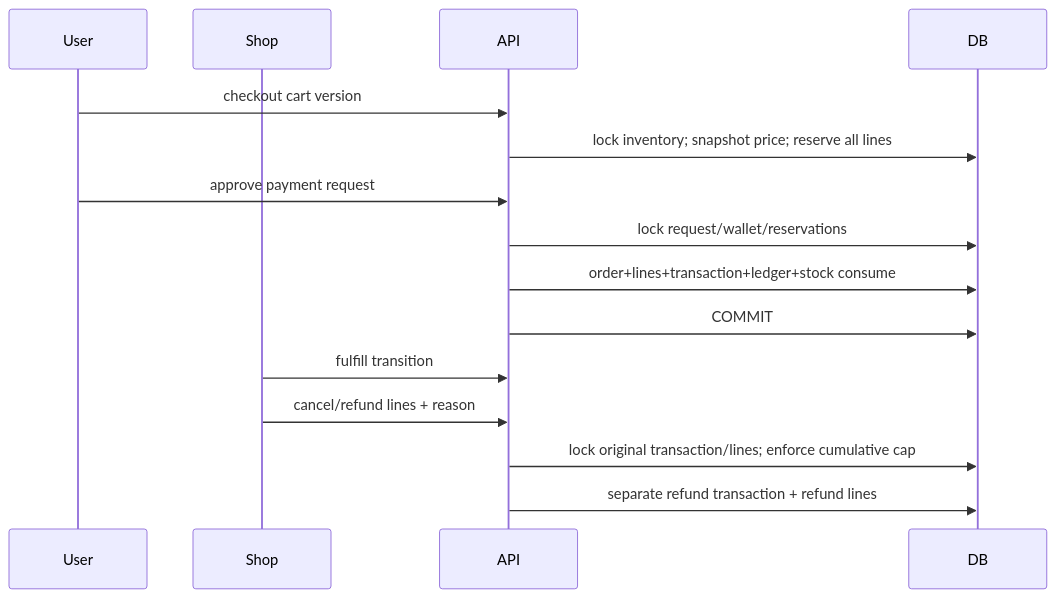
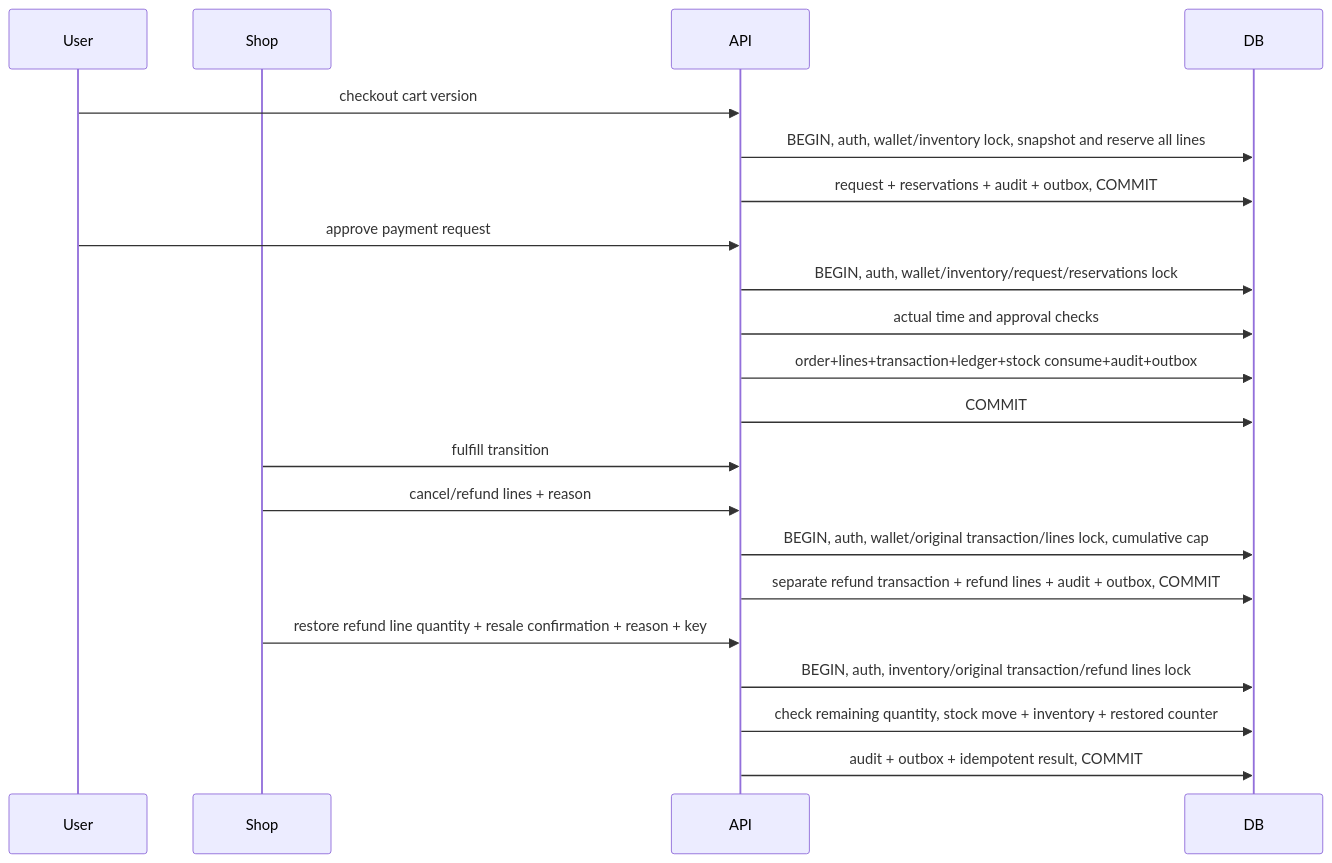
The ninth of 11 diagrams in docs/design/detailed-design.md (fespay-team/fespay), drawn with Mermaid before and after one commit. The commit also changed other lines of this file and 8 other files, not shown here.

````diff
--- a/docs/design/detailed-design.md
+++ b/docs/design/detailed-design.md
@@ -498,17 +621,23 @@
 ```mermaid
 sequenceDiagram
   participant U as User
   participant Shop
   participant API
   participant DB
   U->>API: checkout cart version
-  API->>DB: lock inventory#59; snapshot price#59; reserve all lines
+  API->>DB: BEGIN, auth, wallet/inventory lock, snapshot and reserve all lines
+  API->>DB: request + reservations + audit + outbox, COMMIT
   U->>API: approve payment request
-  API->>DB: lock request/wallet/reservations
-  API->>DB: order+lines+transaction+ledger+stock consume
+  API->>DB: BEGIN, auth, wallet/inventory/request/reservations lock
+  API->>DB: actual time and approval checks
+  API->>DB: order+lines+transaction+ledger+stock consume+audit+outbox
   API->>DB: COMMIT
   Shop->>API: fulfill transition
   Shop->>API: cancel/refund lines + reason
-  API->>DB: lock original transaction/lines#59; enforce cumulative cap
-  API->>DB: separate refund transaction + refund lines
+  API->>DB: BEGIN, auth, wallet/original transaction/lines lock, cumulative cap
+  API->>DB: separate refund transaction + refund lines + audit + outbox, COMMIT
+  Shop->>API: restore refund line quantity + resale confirmation + reason + key
+  API->>DB: BEGIN, auth, inventory/original transaction/refund lines lock
+  API->>DB: check remaining quantity, stock move + inventory + restored counter
+  API->>DB: audit + outbox + idempotent result, COMMIT
 ```
````
